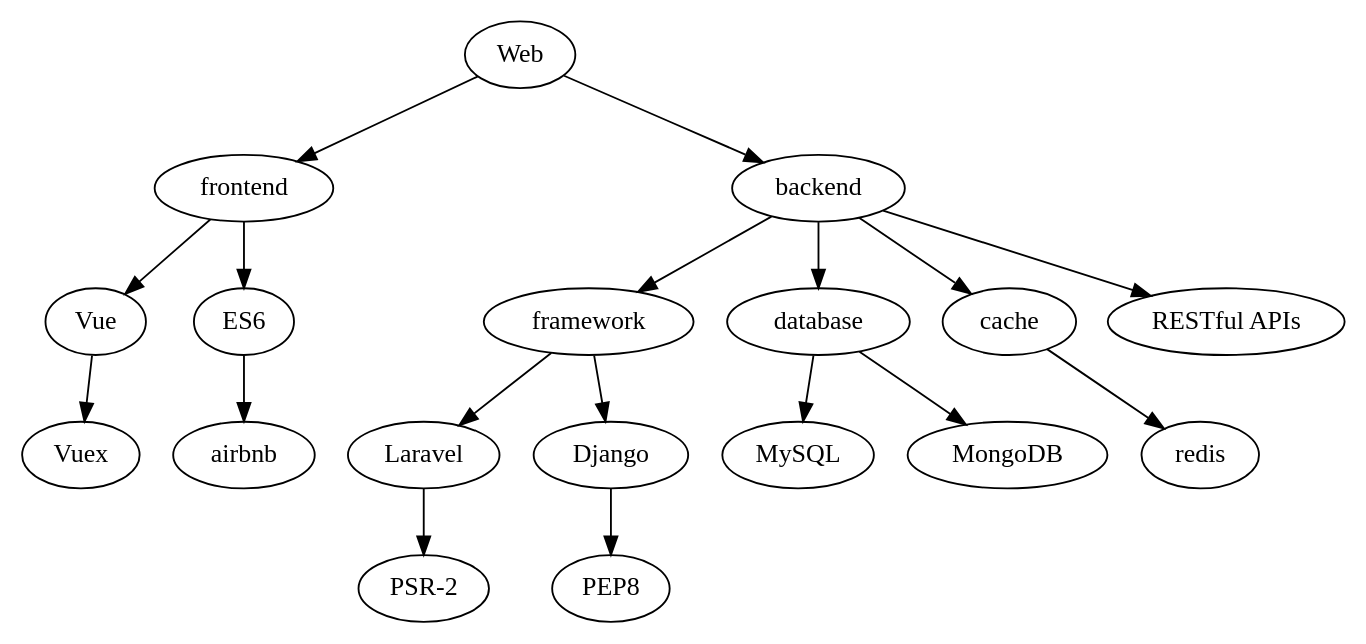
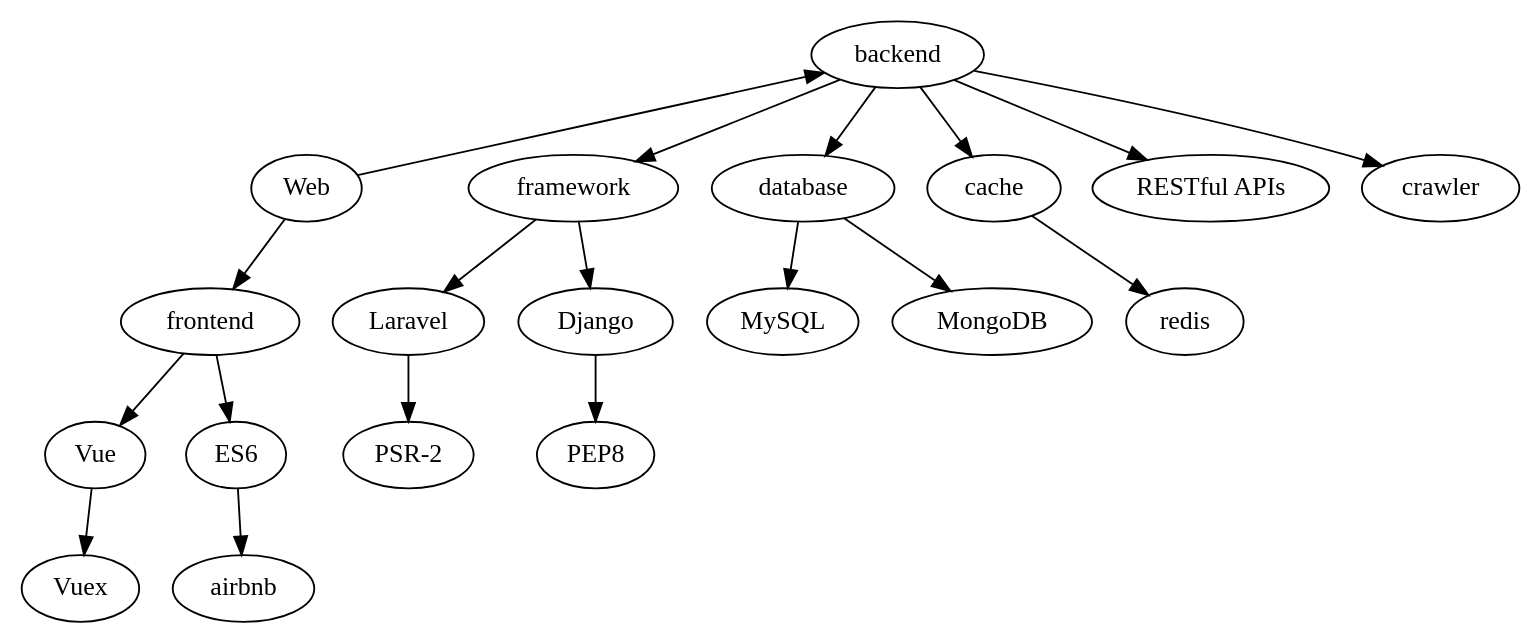
The second of 3 diagrams in source/about/index.md (titaneric/hexo.titaneric.github.io), drawn with Graphviz before and after one commit. The commit also changed other lines of this file, not shown here.

````diff
--- a/source/about/index.md
+++ b/source/about/index.md
@@ -22,33 +31,35 @@
 ```graphviz
 digraph hierarchy {
     node [color=Black,fontname=consolus,shape=oval] //All nodes will this shape and colour
     subgraph Web {
         "Web"->"frontend"
-        "Web"->"backend"
+        "backend"->"Web"[dir=back]
     }
     subgraph frontend {
         "frontend"->"Vue"
         "Vue"->"Vuex"
         
         "frontend"->"ES6"
         "ES6"->"airbnb"
    }
     subgraph backend {
         "backend"->"framework"
         "framework"->"Laravel"
         "Laravel"->"PSR-2"
         
         "framework"->"Django"
         "Django"->"PEP8"
         
         "backend"->"database"
         "database"->"MySQL"
         "database"->"MongoDB"
         
         "backend"->"cache"
         "cache"->"redis"
         
         "backend"->"RESTful APIs"
+        
+        "backend"->"crawler"
     }
 }
 ```
````
